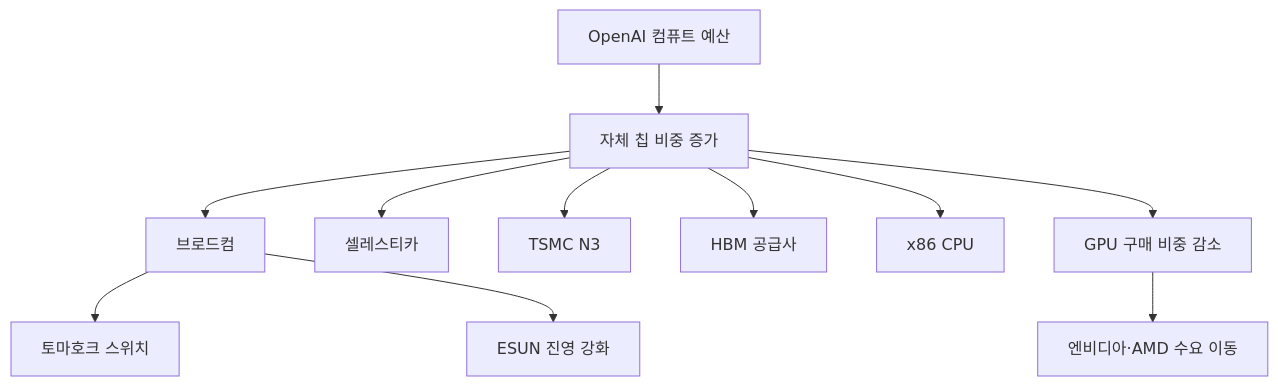
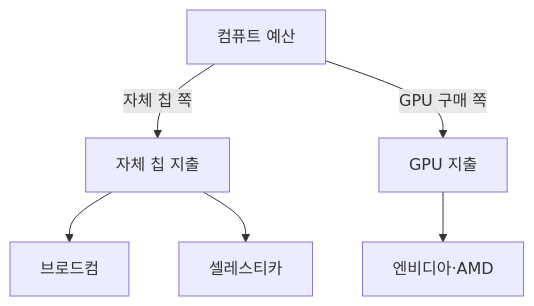
Before and after one commit to yohan4477/semi-report: the fifth of 7 diagrams in insights/frames/exp/2026-08-27-openai-jalapeno-strategy-opus.md, drawn with Mermaid. The commit also changed other lines of this file and 1 other file, not shown here.

````diff
--- a/insights/frames/exp/2026-08-27-openai-jalapeno-strategy-opus.md
+++ b/insights/frames/exp/2026-08-27-openai-jalapeno-strategy-opus.md
@@ -183,13 +170,8 @@
 ```mermaid
 flowchart TD
-    A["OpenAI 컴퓨트 예산"] --> B["자체 칩 비중 증가"]
-    B --> C["브로드컴"]
-    B --> D["셀레스티카"]
-    B --> E["TSMC N3"]
-    B --> F["HBM 공급사"]
-    B --> G["x86 CPU"]
-    C --> H["토마호크 스위치"]
-    C --> I["ESUN 진영 강화"]
-    B --> J["GPU 구매 비중 감소"]
-    J --> K["엔비디아·AMD 수요 이동"]
+    P["컴퓨트 예산"] -->|자체 칩 쪽| S["자체 칩 지출"]
+    P -->|GPU 구매 쪽| G["GPU 지출"]
+    S --> S1["브로드컴"]
+    S --> S2["셀레스티카"]
+    G --> G1["엔비디아·AMD"]
 ```
````
